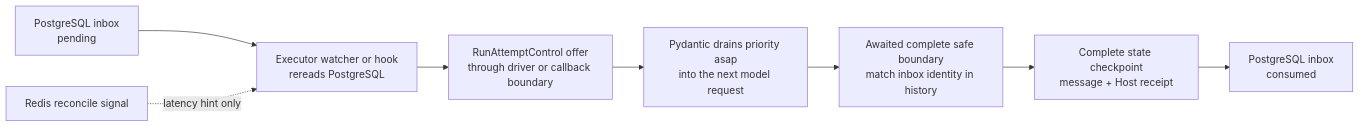
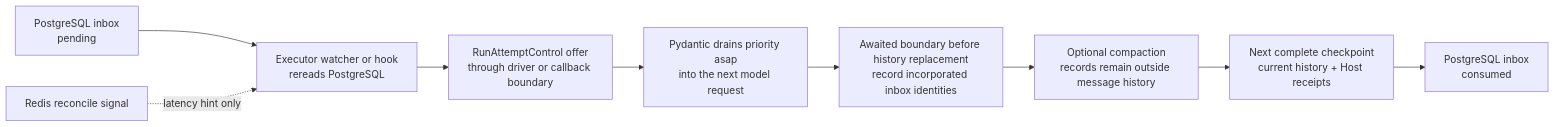
The diagram in spec/foundation-service/19-agent-control-active-execution.md (converge-ai-labs/agent-foundation), drawn with Mermaid before and after one commit. The commit also changed other lines of this file and 2 other files, not shown here.

Commit message:
docs(foundation): retain inbox evidence across compaction

````diff
--- a/spec/foundation-service/19-agent-control-active-execution.md
+++ b/spec/foundation-service/19-agent-control-active-execution.md
@@ -164,15 +164,16 @@
 ```mermaid
 flowchart LR
     Accepted[PostgreSQL inbox<br/>pending]
     Wake[Redis reconcile signal]
     Read[Executor watcher or hook<br/>rereads PostgreSQL]
     Offer[RunAttemptControl offer<br/>through driver or callback boundary]
     Incorporate[Pydantic drains priority asap<br/>into the next model request]
-    Confirm[Awaited complete safe boundary<br/>match inbox identity in history]
-    Checkpoint[Complete state checkpoint<br/>message + Host receipt]
+    Record[Awaited boundary before history replacement<br/>record incorporated inbox identities]
+    Compact[Optional compaction<br/>records remain outside message history]
+    Checkpoint[Next complete checkpoint<br/>current history + Host receipts]
     Consumed[PostgreSQL inbox<br/>consumed]
 
     Accepted --> Read
     Wake -. latency hint only .-> Read
-    Read --> Offer --> Incorporate --> Confirm --> Checkpoint --> Consumed
+    Read --> Offer --> Incorporate --> Record --> Compact --> Checkpoint --> Consumed
 ```
````
